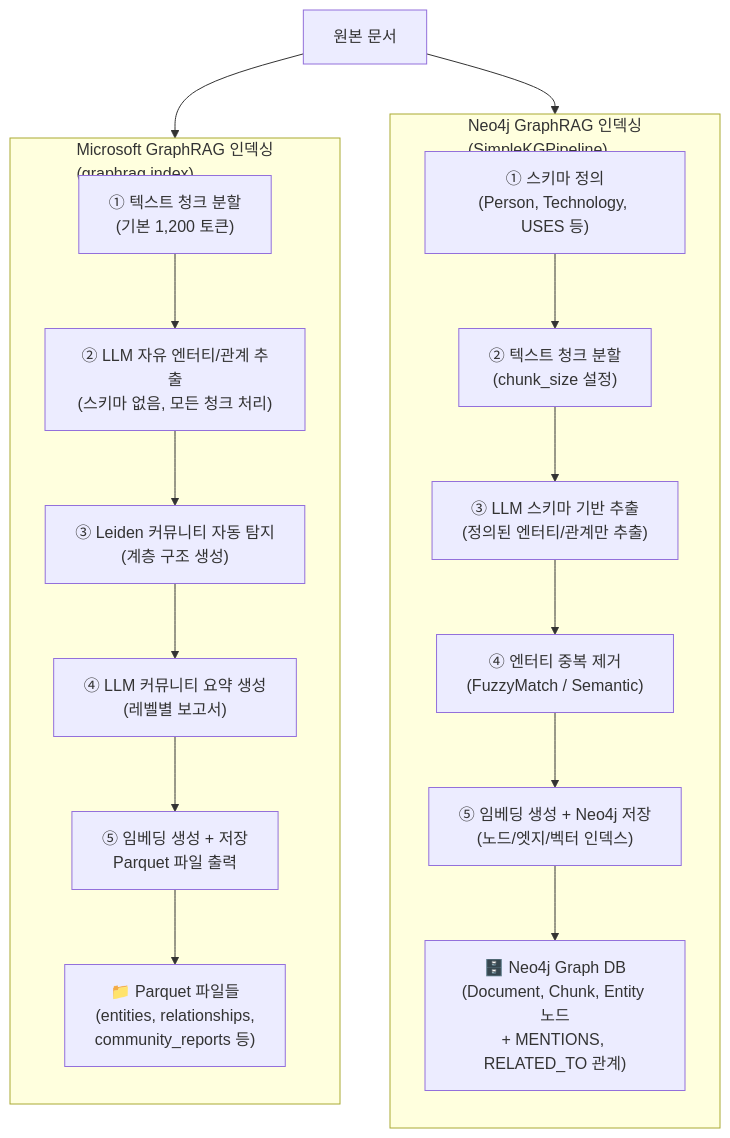
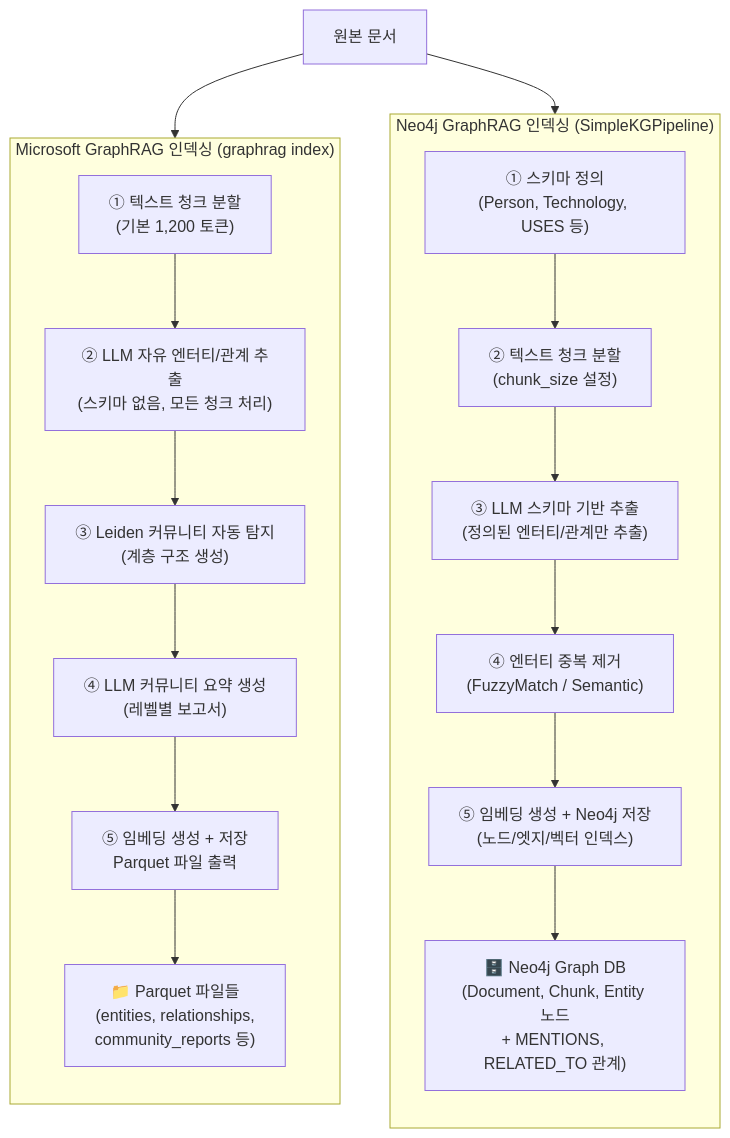
The third of 12 diagrams in _posts/2026-05-18-microsoft-graphrag-vs.-neo4j-graphrag.md (k82022603/k82022603.github.io), drawn with Mermaid before and after one commit. The commit also changed other lines of this file and 6 other files, not shown here.

````diff
--- a/_posts/2026-05-18-microsoft-graphrag-vs.-neo4j-graphrag.md
+++ b/_posts/2026-05-18-microsoft-graphrag-vs.-neo4j-graphrag.md
@@ -120,31 +120,31 @@
 ```mermaid
 flowchart TB
     DOC["원본 문서"]
 
-    subgraph MS_PIPE["Microsoft GraphRAG 인덱싱\n(graphrag index)"]
+    subgraph MS_PIPE["Microsoft GraphRAG 인덱싱 (graphrag index)"]
         direction TB
         MS1["① 텍스트 청크 분할\n(기본 1,200 토큰)"]
         MS2["② LLM 자유 엔터티/관계 추출\n(스키마 없음, 모든 청크 처리)"]
         MS3["③ Leiden 커뮤니티 자동 탐지\n(계층 구조 생성)"]
         MS4["④ LLM 커뮤니티 요약 생성\n(레벨별 보고서)"]
         MS5["⑤ 임베딩 생성 + 저장\nParquet 파일 출력"]
         MS1 --> MS2 --> MS3 --> MS4 --> MS5
         MS_OUT["📁 Parquet 파일들\n(entities, relationships,\ncommunity_reports 등)"]
         MS5 --> MS_OUT
     end
 
-    subgraph NEO_PIPE["Neo4j GraphRAG 인덱싱\n(SimpleKGPipeline)"]
+    subgraph NEO_PIPE["Neo4j GraphRAG 인덱싱 (SimpleKGPipeline)"]
         direction TB
         NE1["① 스키마 정의\n(Person, Technology, USES 등)"]
         NE2["② 텍스트 청크 분할\n(chunk_size 설정)"]
         NE3["③ LLM 스키마 기반 추출\n(정의된 엔터티/관계만 추출)"]
         NE4["④ 엔터티 중복 제거\n(FuzzyMatch / Semantic)"]
         NE5["⑤ 임베딩 생성 + Neo4j 저장\n(노드/엣지/벡터 인덱스)"]
         NE1 --> NE2 --> NE3 --> NE4 --> NE5
         NEO_OUT["🗄️ Neo4j Graph DB\n(Document, Chunk, Entity 노드\n+ MENTIONS, RELATED_TO 관계)"]
         NE5 --> NEO_OUT
     end
 
     DOC --> MS_PIPE
     DOC --> NEO_PIPE
 ```
````
